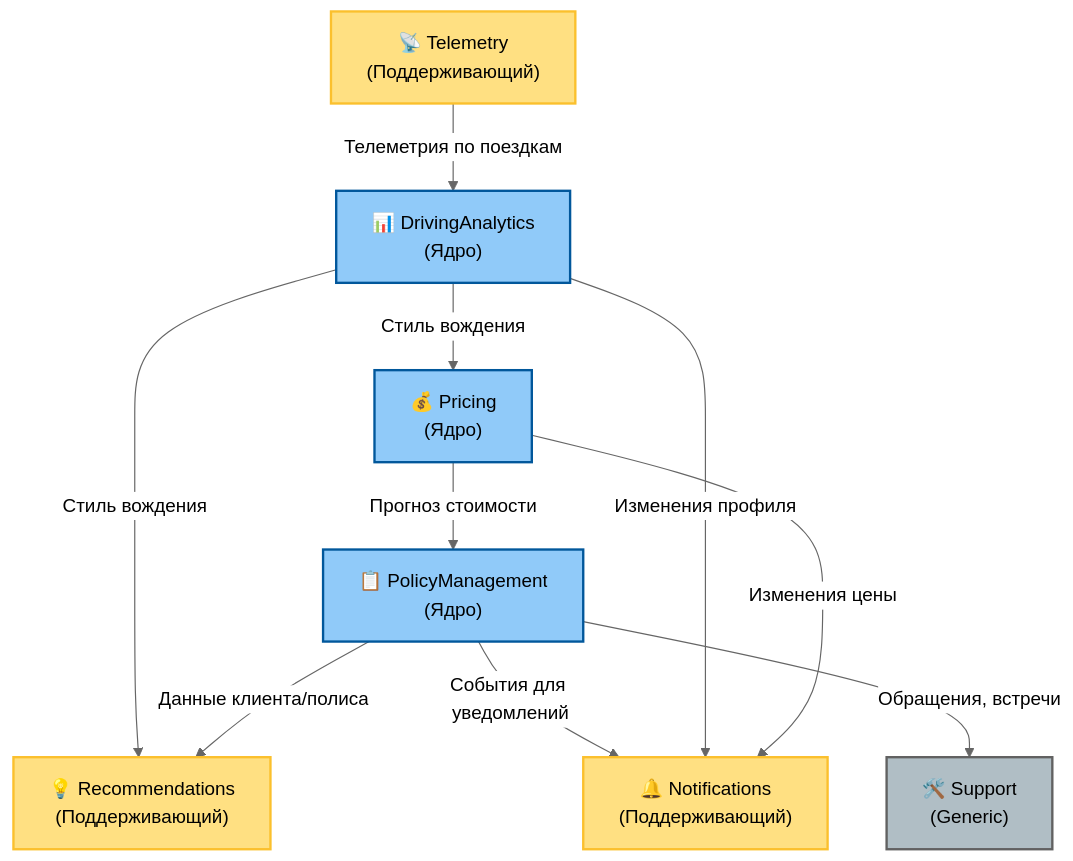
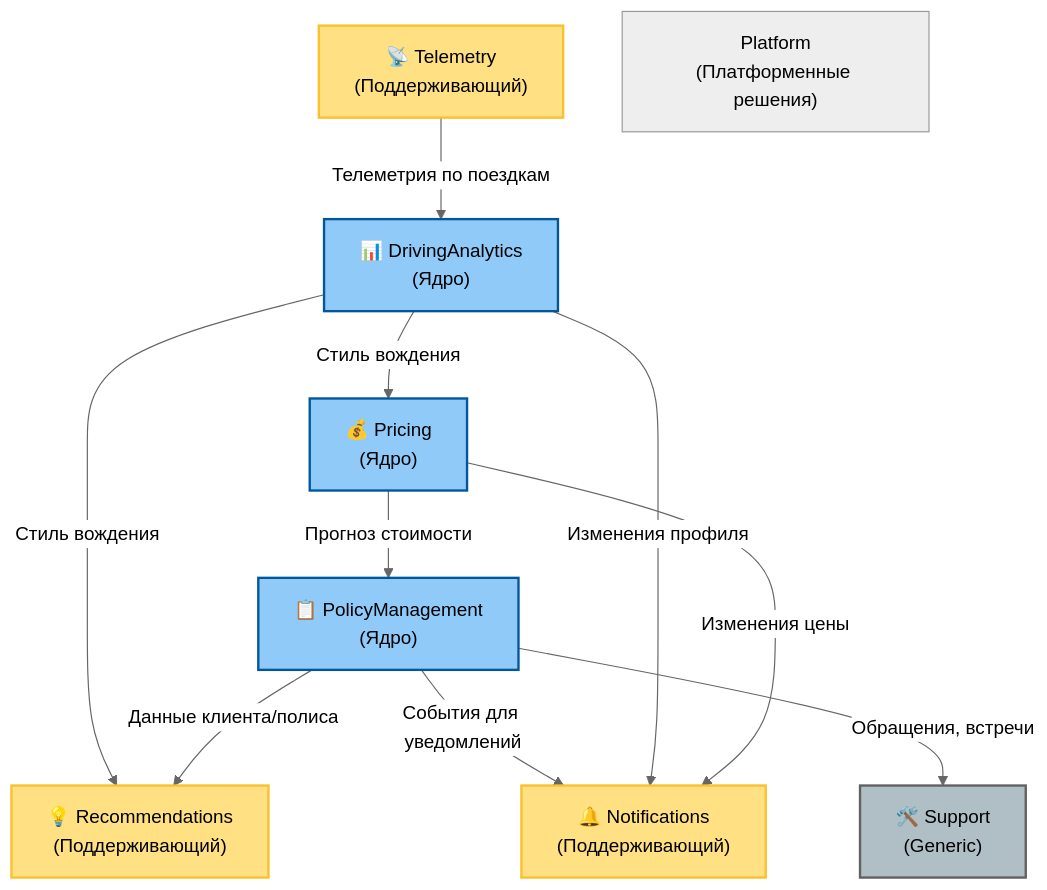
One commit to deberezyuk/Project_SoftwareArchitectCourse changed the third of 3 diagrams in README.md. Above: the diagram before and after it, drawn with Mermaid (neutral theme). The commit also changed other lines of this file and 11 other files, not shown here.

Commit message:
Sequence for UC1 + ADR2

````diff
--- a/README.md
+++ b/README.md
@@ -275,24 +275,25 @@
 ```mermaid
 graph TD
     classDef core fill:#90caf9,stroke:#01579b,stroke-width:2px,color:#000000;
     classDef supporting fill:#ffe082,stroke:#fbc02d,stroke-width:2px,color:#000000;
     classDef generic fill:#b0bec5,stroke:#616161,stroke-width:2px,color:#000000;
 
     Telemetry["📡 Telemetry<br/>(Поддерживающий)"]:::supporting
     DrivingAnalytics["📊 DrivingAnalytics<br/>(Ядро)"]:::core
     Pricing["💰 Pricing<br/>(Ядро)"]:::core
     PolicyManagement["📋 PolicyManagement<br/>(Ядро)"]:::core
     Support["🛠️ Support<br/>(Generic)"]:::generic
     Recommendations["💡 Recommendations<br/>(Поддерживающий)"]:::supporting
     Notifications["🔔 Notifications<br/>(Поддерживающий)"]:::supporting
+    Platform["Platform<br/>(Платформенные решения)"]
 
     Telemetry -->|Телеметрия по поездкам| DrivingAnalytics
     DrivingAnalytics -->|Стиль вождения| Pricing
     Pricing -->|Прогноз стоимости| PolicyManagement
     DrivingAnalytics -->|Стиль вождения| Recommendations
     PolicyManagement -->|Данные клиента/полиса| Recommendations
     PolicyManagement -->|События для уведомлений| Notifications
     DrivingAnalytics -->|Изменения профиля| Notifications
     Pricing -->|Изменения цены| Notifications
     PolicyManagement -->|Обращения, встречи| Support
 ```
````
